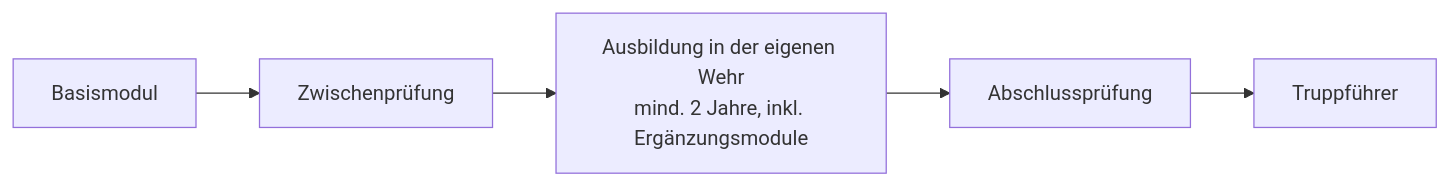
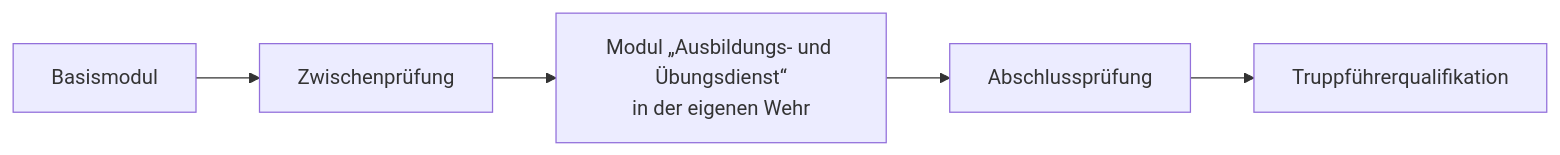
The diagram in docs/einfuehrung.md (slauger/mta-lernplattform), drawn with Mermaid before and after one commit. The commit also changed other lines of this file and 8 other files, not shown here.

````diff
--- a/docs/einfuehrung.md
+++ b/docs/einfuehrung.md
@@ -14,7 +21,7 @@
 ```mermaid
 graph LR
     A[Basismodul] --> B[Zwischenprüfung]
-    B --> C[Ausbildung in der eigenen Wehr<br/>mind. 2 Jahre, inkl. Ergänzungsmodule]
+    B --> C[Modul „Ausbildungs- und Übungsdienst“<br/>in der eigenen Wehr]
     C --> D[Abschlussprüfung]
-    D --> E[Truppführer]
+    D --> E[Truppführerqualifikation]
 ```
````
